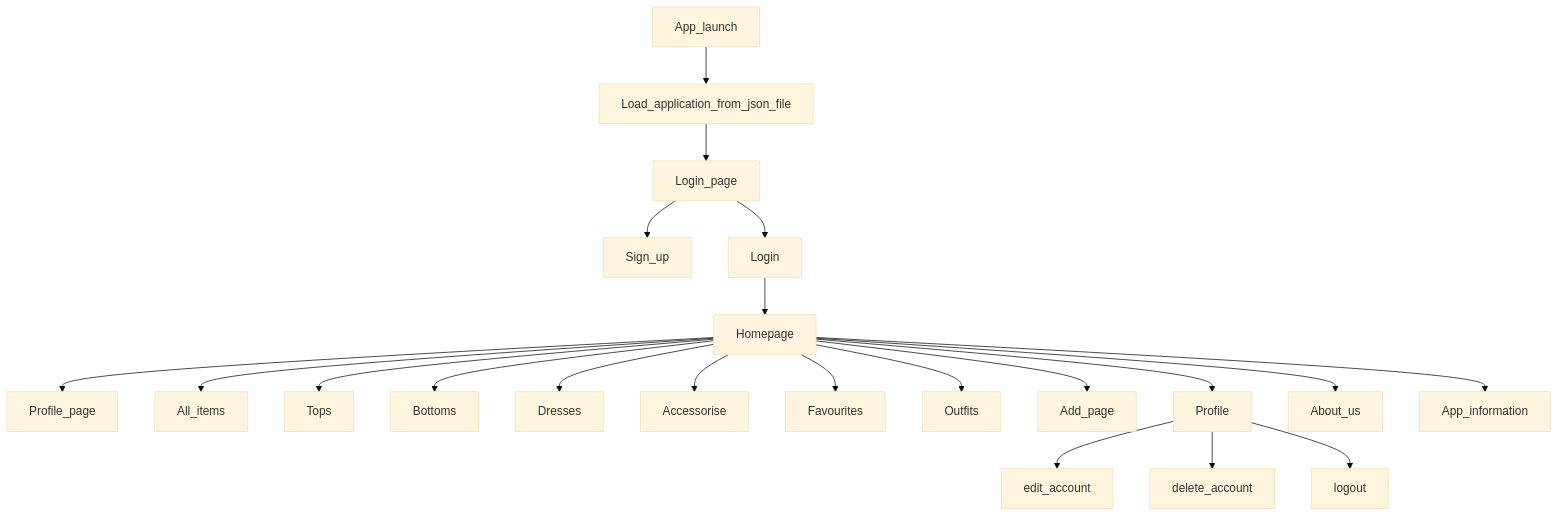
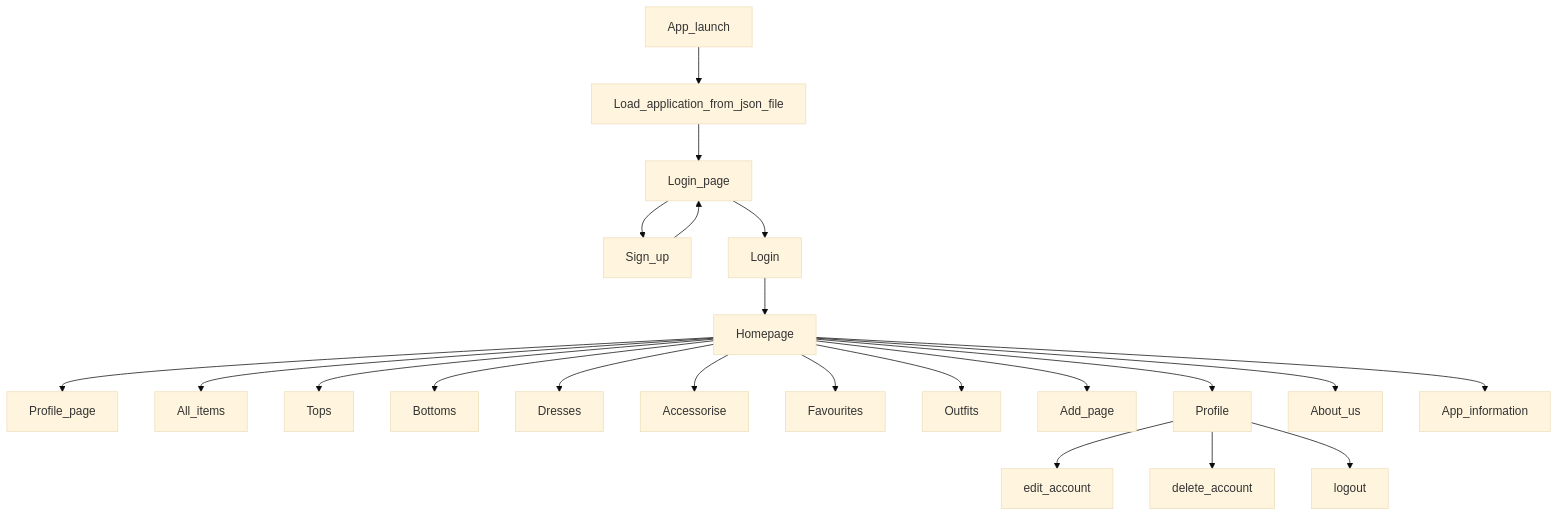
The diagram in readme.md (IreneAvezzu/test_), drawn with Mermaid (base theme) before and after one commit.

````diff
--- a/readme.md
+++ b/readme.md
@@ -5,23 +5,24 @@
 ```mermaid
 graph TD;
   App_launch-->Load_application_from_json_file;
   Load_application_from_json_file-->Login_page;
   Login_page-->Sign_up;
+  Sign_up-->Login_page;
   Login_page-->Login;
   Login-->Homepage;
   Homepage-->Profile_page;
   Homepage-->All_items;
   Homepage-->Tops;
   Homepage-->Bottoms;
   Homepage-->Dresses;
   Homepage-->Accessorise;
   Homepage-->Favourites;
   Homepage-->Outfits;
   Homepage-->Add_page;
   Homepage-->Profile;
   Homepage-->About_us;
   Homepage-->App_information;
   Profile-->edit_account;
   Profile-->delete_account;
   Profile-->logout;
 ```
````
